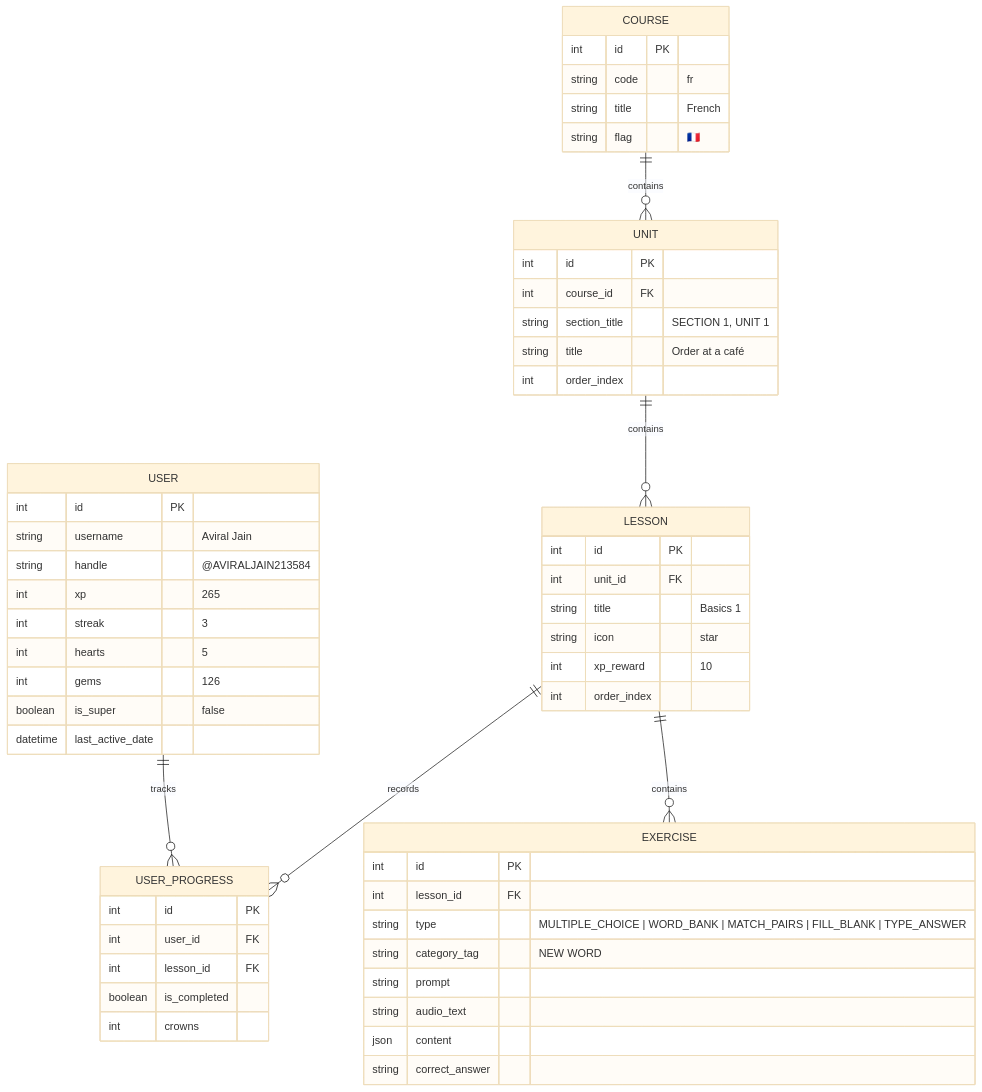
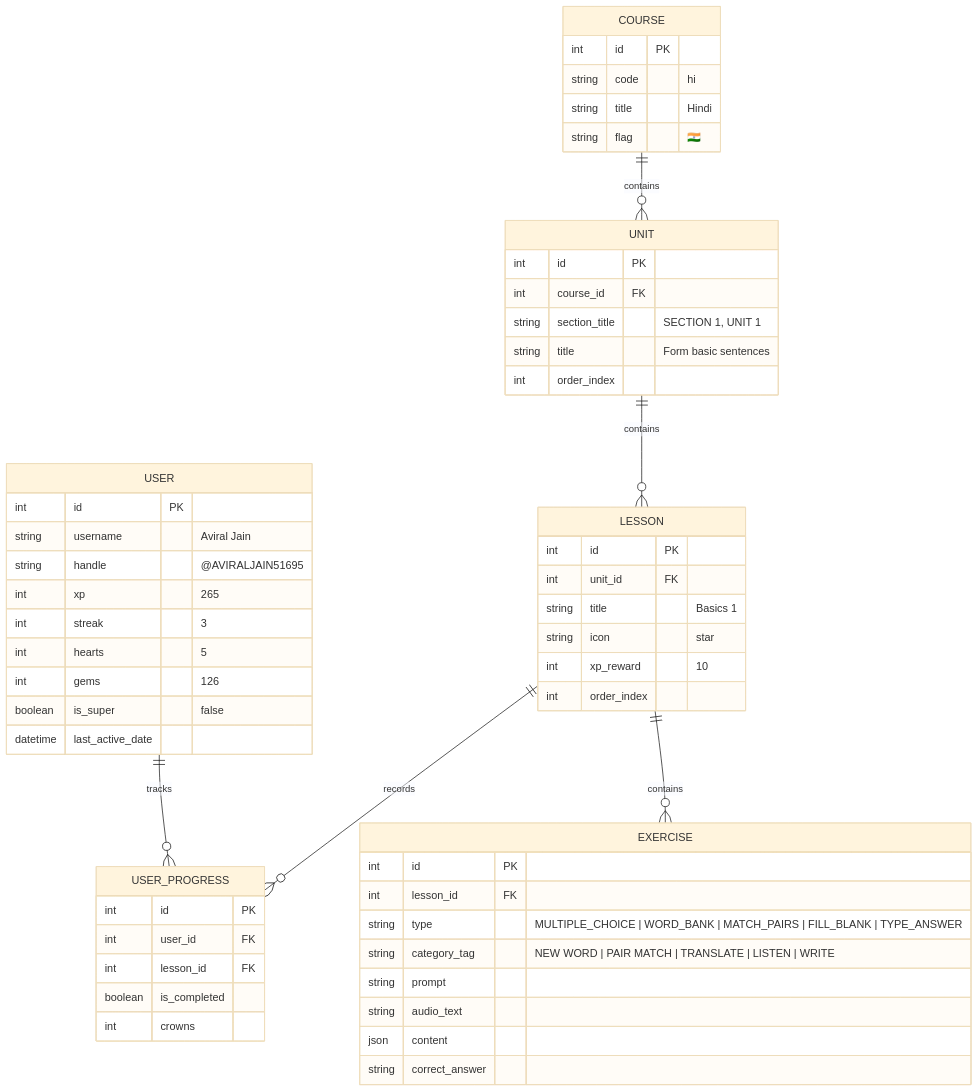
Before and after one commit to Aviral0105/Aviral_Duolingo_Clone: the second of 2 diagrams in README.md, drawn with Mermaid (base theme). The commit also changed other lines of this file, not shown here.

Commit message:
docs: update comprehensive project documentation and architecture

````diff
--- a/README.md
+++ b/README.md
@@ -71,63 +91,63 @@
 ```mermaid
 erDiagram
     USER ||--o{ USER_PROGRESS : tracks
     COURSE ||--o{ UNIT : contains
     UNIT ||--o{ LESSON : contains
     LESSON ||--o{ EXERCISE : contains
     LESSON ||--o{ USER_PROGRESS : records
 
     USER {
         int id PK
         string username "Aviral Jain"
-        string handle "@AVIRALJAIN213584"
+        string handle "@AVIRALJAIN51695"
         int xp "265"
         int streak "3"
         int hearts "5"
         int gems "126"
         boolean is_super "false"
         datetime last_active_date
     }
 
     COURSE {
         int id PK
-        string code "fr"
-        string title "French"
-        string flag "🇫🇷"
+        string code "hi"
+        string title "Hindi"
+        string flag "🇮🇳"
     }
 
     UNIT {
         int id PK
         int course_id FK
         string section_title "SECTION 1, UNIT 1"
-        string title "Order at a café"
+        string title "Form basic sentences"
         int order_index
     }
 
     LESSON {
         int id PK
         int unit_id FK
         string title "Basics 1"
         string icon "star"
         int xp_reward "10"
         int order_index
     }
 
     EXERCISE {
         int id PK
         int lesson_id FK
         string type "MULTIPLE_CHOICE | WORD_BANK | MATCH_PAIRS | FILL_BLANK | TYPE_ANSWER"
-        string category_tag "NEW WORD"
+        string category_tag "NEW WORD | PAIR MATCH | TRANSLATE | LISTEN | WRITE"
         string prompt
         string audio_text
         json content
         string correct_answer
     }
 
     USER_PROGRESS {
         int id PK
         int user_id FK
         int lesson_id FK
         boolean is_completed
         int crowns
     }
 ```
````
